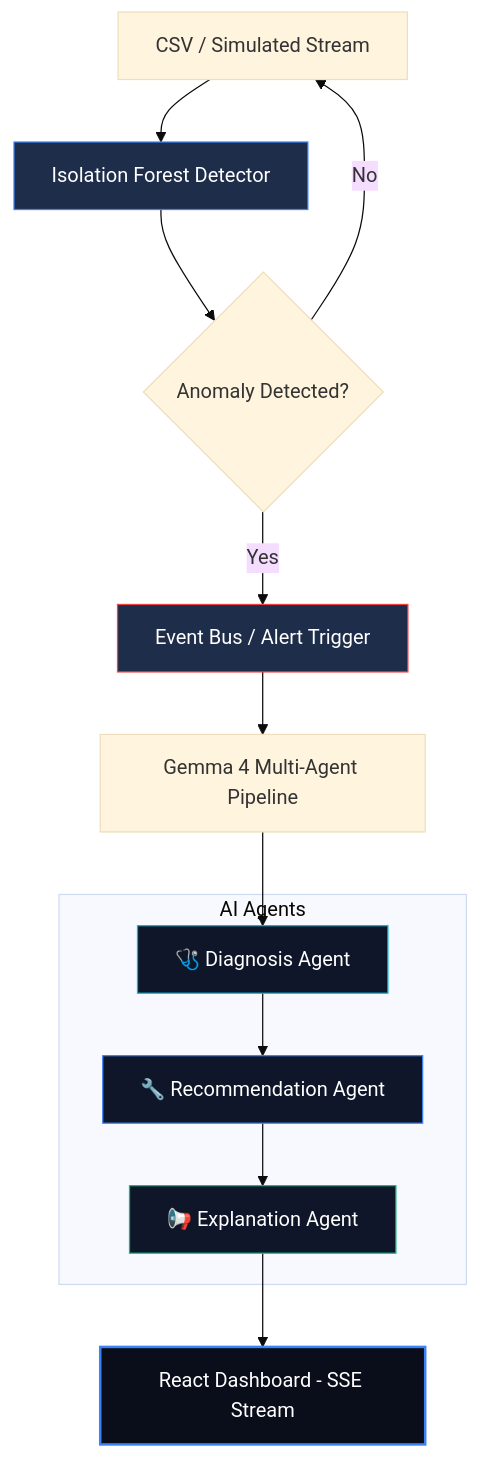
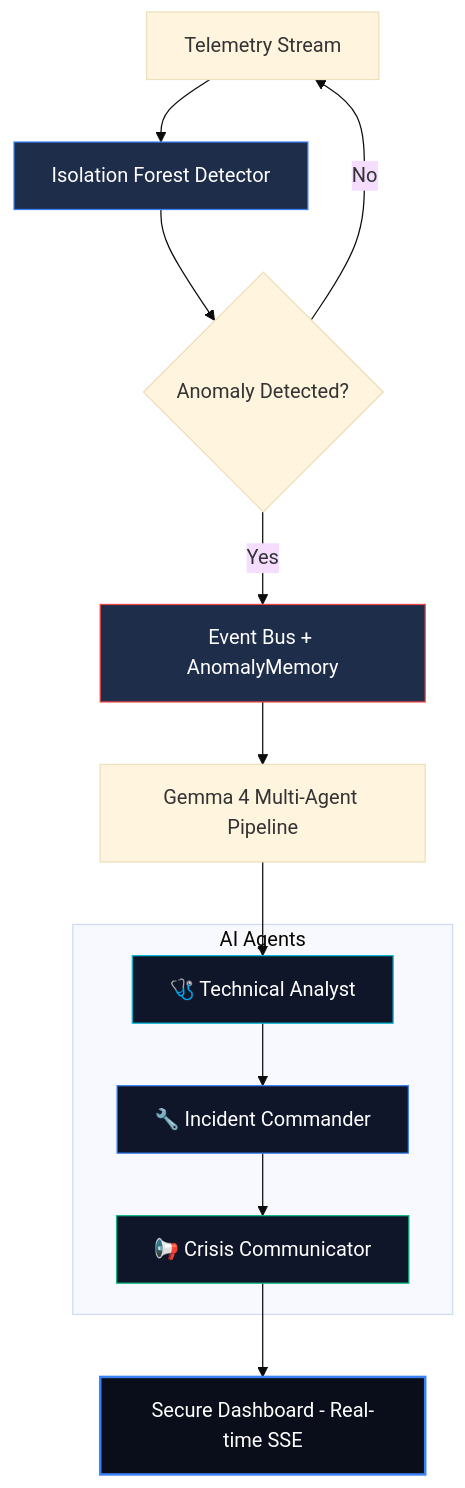
Before and after one commit to Ibrahimboutal/NetGuardian: the diagram in README.md, drawn with Mermaid (base theme). The commit also changed other lines of this file and 11 other files, not shown here.

Commit message:
feat: implement multi-agent AI system with Gemma integration and incident monitoring panel

````diff
--- a/README.md
+++ b/README.md
@@ -9,23 +9,23 @@
 ```mermaid
 graph TD
-    A[CSV / Simulated Stream] --> B[Isolation Forest Detector]
+    A[Telemetry Stream] --> B[Isolation Forest Detector]
     B --> C{Anomaly Detected?}
-    C -- Yes --> D[Event Bus / Alert Trigger]
+    C -- Yes --> D[Event Bus + AnomalyMemory]
     C -- No --> A
     D --> E[Gemma 4 Multi-Agent Pipeline]
     
     subgraph AI Agents
-        E1[🩺 Diagnosis Agent] --> E2[🔧 Recommendation Agent]
-        E2 --> E3[📢 Explanation Agent]
+        E1[🩺 Technical Analyst] --> E2[🔧 Incident Commander]
+        E2 --> E3[📢 Crisis Communicator]
     end
     
     E --> E1
-    E3 --> F[React Dashboard - SSE Stream]
+    E3 --> F[Secure Dashboard - Real-time SSE]
     
     style B fill:#1e2d4a,stroke:#3b82f6,color:#fff
     style D fill:#1e2d4a,stroke:#ef4444,color:#fff
     style E1 fill:#0f1629,stroke:#06b6d4,color:#fff
     style E2 fill:#0f1629,stroke:#3b82f6,color:#fff
     style E3 fill:#0f1629,stroke:#10b981,color:#fff
     style F fill:#0a0e1a,stroke:#3b82f6,color:#fff,stroke-width:2px
 ```
````
